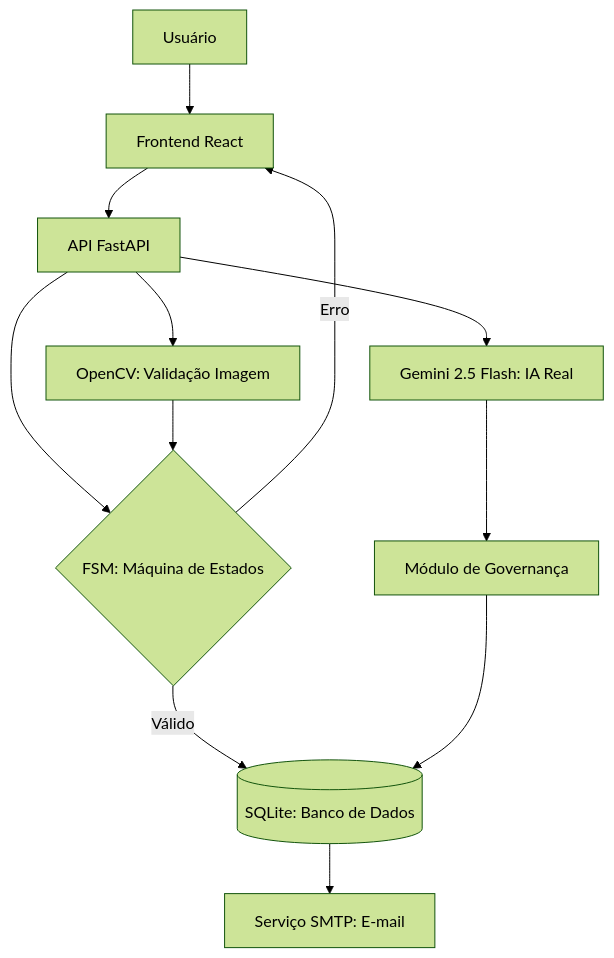
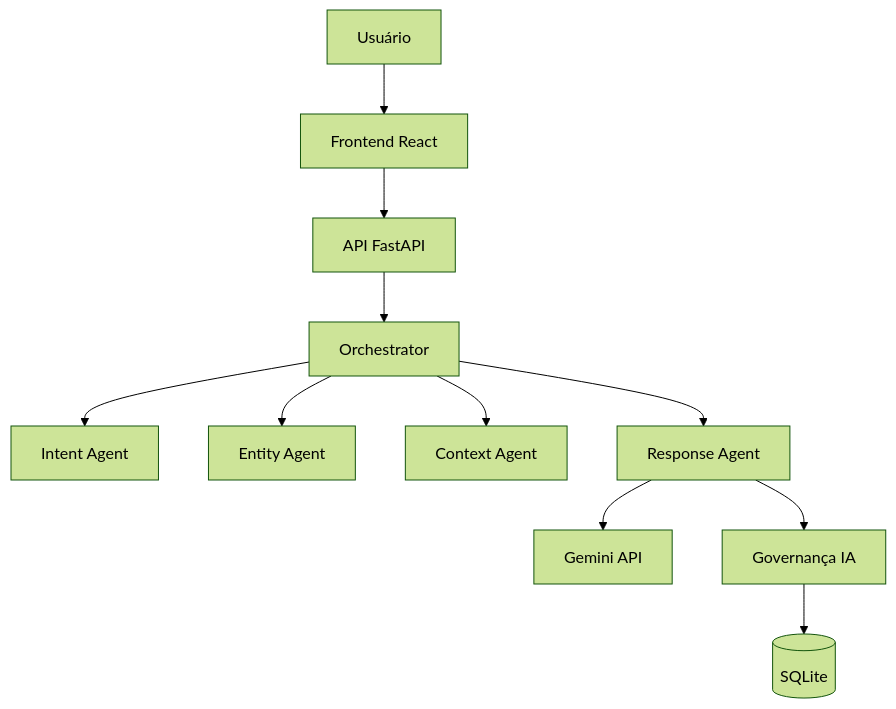
Before and after one commit to luanaportop/desafio-youvisa-sprint-4: the diagram in README.md, drawn with Mermaid (forest theme). The commit also changed other lines of this file, not shown here.

````diff
--- a/README.md
+++ b/README.md
@@ -188,14 +162,13 @@
 ```mermaid
 graph TD
     A[Usuário] --> B[Frontend React]
     B --> C[API FastAPI]
-    C --> D{FSM: Máquina de Estados}
-    D -- Válido --> E[(SQLite: Banco de Dados)]
-    D -- Erro --> B
-    C --> F[OpenCV: Validação Imagem]
-    C --> G[Gemini 2.5 Flash: IA Real]
-    G --> H[Módulo de Governança]
-    F --> D
-    H --> E
-    E --> I[Serviço SMTP: E-mail]
+    C --> D[Orchestrator]
+    D --> E[Intent Agent]
+    D --> F[Entity Agent]
+    D --> G[Context Agent]
+    D --> H[Response Agent]
+    H --> I[Gemini API]
+    H --> J[Governança IA]
+    J --> K[(SQLite)]
 ```
````
